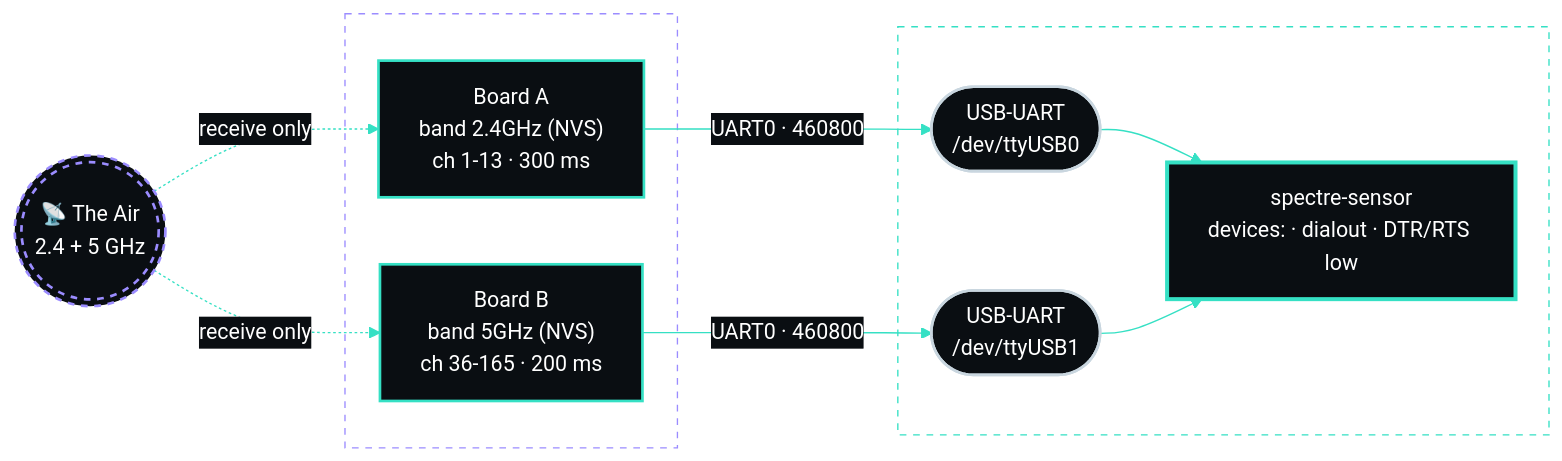
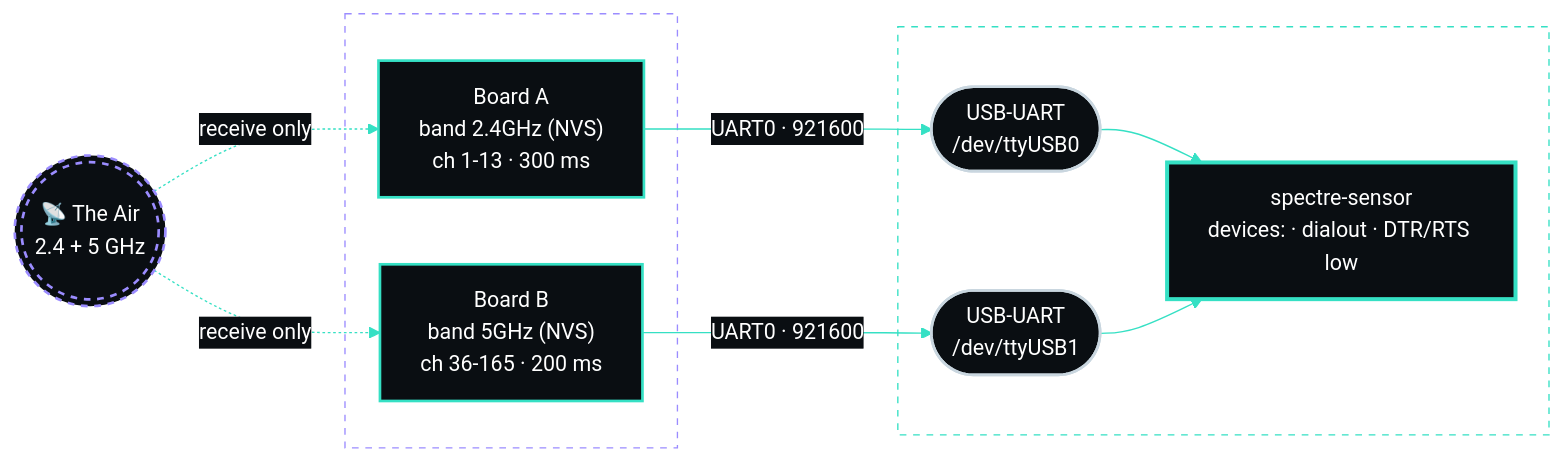
The diagram in docs/hardware.md (gurvinny/spectre), drawn with Mermaid before and after one commit. The commit also changed other lines of this file and 17 other files, not shown here.

````diff
--- a/docs/hardware.md
+++ b/docs/hardware.md
@@ -19,54 +19,54 @@
 ```mermaid
 %%{init: {
   'theme': 'base',
   'themeVariables': {
     'primaryColor': '#0a0e12',
     'primaryTextColor': '#fff',
     'primaryBorderColor': '#35E0C4',
     'lineColor': '#35E0C4',
     'secondaryColor': '#0a0e12',
     'tertiaryColor': '#0a0e12',
     'actorBkg': '#0a0e12',
     'actorBorder': '#35E0C4',
     'actorTextColor': '#fff',
     'signalColor': '#35E0C4',
     'signalTextColor': '#6B7C8C',
     'noteBkgColor': '#0a0e12',
     'noteBorderColor': '#9B8CFF',
     'noteTextColor': '#C9D6DF',
     'labelBoxBkgColor': '#0a0e12',
     'labelBoxBorderColor': '#9B8CFF',
     'labelTextColor': '#fff',
     'loopTextColor': '#6B7C8C',
     'activationBkgColor': '#11171d',
     'activationBorderColor': '#35E0C4',
     'fontFamily': 'monospace'
   }
 }}%%
 flowchart LR
     AIR((("📡 The Air<br/>2.4 + 5 GHz")))
     subgraph Boards["Two ESP32-C5 boards"]
         B1["Board A<br/>band 2.4GHz (NVS)<br/>ch 1-13 · 300 ms"]
         B2["Board B<br/>band 5GHz (NVS)<br/>ch 36-165 · 200 ms"]
     end
     subgraph Host["Linux host"]
         U1(["USB-UART<br/>/dev/ttyUSB0"])
         U2(["USB-UART<br/>/dev/ttyUSB1"])
         C["spectre-sensor<br/>devices: · dialout · DTR/RTS low"]
     end
     AIR -. "receive only" .-> B1
     AIR -. "receive only" .-> B2
-    B1 -- "UART0 · 460800" --> U1
-    B2 -- "UART0 · 460800" --> U2
+    B1 -- "UART0 · 921600" --> U1
+    B2 -- "UART0 · 921600" --> U2
     U1 --> C
     U2 --> C
 
     style AIR fill:#0a0e12,stroke:#9B8CFF,stroke-dasharray: 5 5,stroke-width:2px,color:#fff
     style Boards fill:transparent,stroke:#9B8CFF,stroke-width:1px,stroke-dasharray: 5 5,color:#fff
     style Host fill:transparent,stroke:#35E0C4,stroke-width:1px,stroke-dasharray: 5 5,color:#fff
     style B1 fill:#0a0e12,stroke:#35E0C4,stroke-width:2px,color:#fff
     style B2 fill:#0a0e12,stroke:#35E0C4,stroke-width:2px,color:#fff
     style U1 fill:#0a0e12,stroke:#C9D6DF,stroke-width:2px,color:#fff
     style U2 fill:#0a0e12,stroke:#C9D6DF,stroke-width:2px,color:#fff
     style C fill:#0a0e12,stroke:#35E0C4,stroke-width:3px,color:#fff
 ```
````
